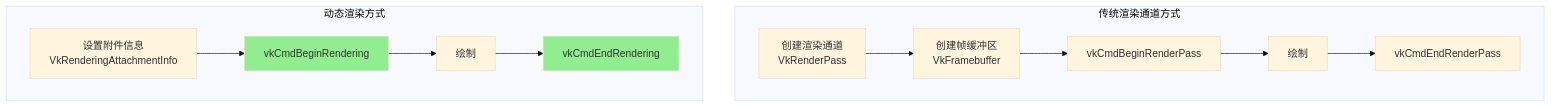
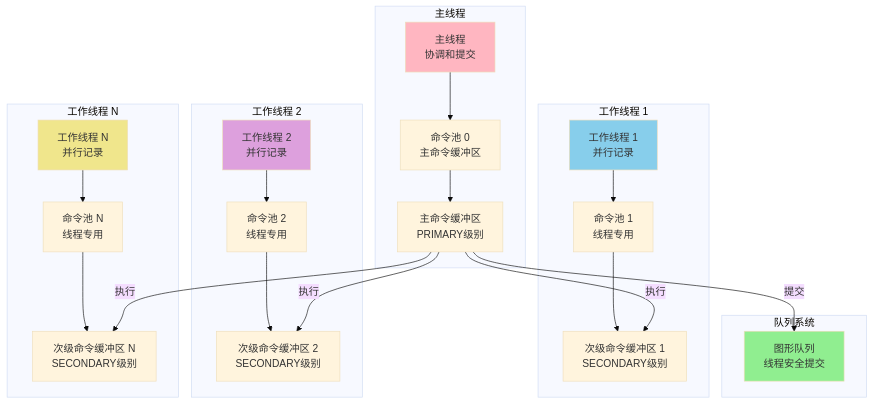
One commit to diandiandevelop/Vulkan changed diagram 29 of 30 in fenxi/Vulkan框架模型文档.md. Above: the diagram before and after it, drawn with Mermaid (base theme). The commit also changed other lines of this file and 20 other files, not shown here.

````diff
--- a/fenxi/Vulkan框架模型文档.md
+++ b/fenxi/Vulkan框架模型文档.md
@@ -1365,29 +1672,51 @@
 ```mermaid
 graph TB
-    subgraph "传统渲染通道方式"
-        CreateRP[创建渲染通道<br/>VkRenderPass]
-        CreateFB[创建帧缓冲区<br/>VkFramebuffer]
-        BeginRP[vkCmdBeginRenderPass]
-        Draw1[绘制]
-        EndRP[vkCmdEndRenderPass]
-        
-        CreateRP --> CreateFB
-        CreateFB --> BeginRP
-        BeginRP --> Draw1
-        Draw1 --> EndRP
+    subgraph "主线程"
+        MainThread[主线程<br/>协调和提交]
+        MainPool[命令池 0<br/>主命令缓冲区]
+        MainCB[主命令缓冲区<br/>PRIMARY级别]
     end
     
-    subgraph "动态渲染方式"
-        SetupAttach[设置附件信息<br/>VkRenderingAttachmentInfo]
-        BeginRend[vkCmdBeginRendering]
-        Draw2[绘制]
-        EndRend[vkCmdEndRendering]
-        
-        SetupAttach --> BeginRend
-        BeginRend --> Draw2
-        Draw2 --> EndRend
+    subgraph "工作线程 1"
+        Thread1[工作线程 1<br/>并行记录]
+        Pool1[命令池 1<br/>线程专用]
+        CB1[次级命令缓冲区 1<br/>SECONDARY级别]
     end
     
-    style BeginRend fill:#90EE90
-    style EndRend fill:#90EE90
+    subgraph "工作线程 2"
+        Thread2[工作线程 2<br/>并行记录]
+        Pool2[命令池 2<br/>线程专用]
+        CB2[次级命令缓冲区 2<br/>SECONDARY级别]
+    end
+    
+    subgraph "工作线程 N"
+        ThreadN[工作线程 N<br/>并行记录]
+        PoolN[命令池 N<br/>线程专用]
+        CBN[次级命令缓冲区 N<br/>SECONDARY级别]
+    end
+    
+    subgraph "队列系统"
+        Queue[图形队列<br/>线程安全提交]
+    end
+    
+    Thread1 --> Pool1
+    Pool1 --> CB1
+    Thread2 --> Pool2
+    Pool2 --> CB2
+    ThreadN --> PoolN
+    PoolN --> CBN
+    
+    MainThread --> MainPool
+    MainPool --> MainCB
+    
+    MainCB -->|执行| CB1
+    MainCB -->|执行| CB2
+    MainCB -->|执行| CBN
+    MainCB -->|提交| Queue
+    
+    style MainThread fill:#FFB6C1
+    style Thread1 fill:#87CEEB
+    style Thread2 fill:#DDA0DD
+    style ThreadN fill:#F0E68C
+    style Queue fill:#90EE90
 ```
````
